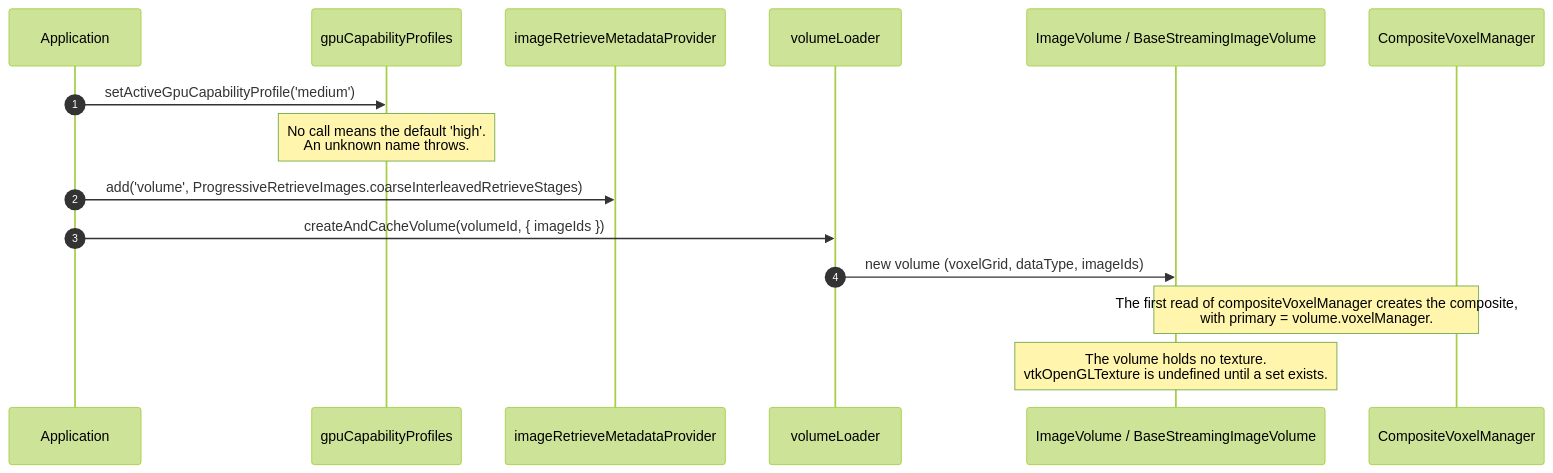
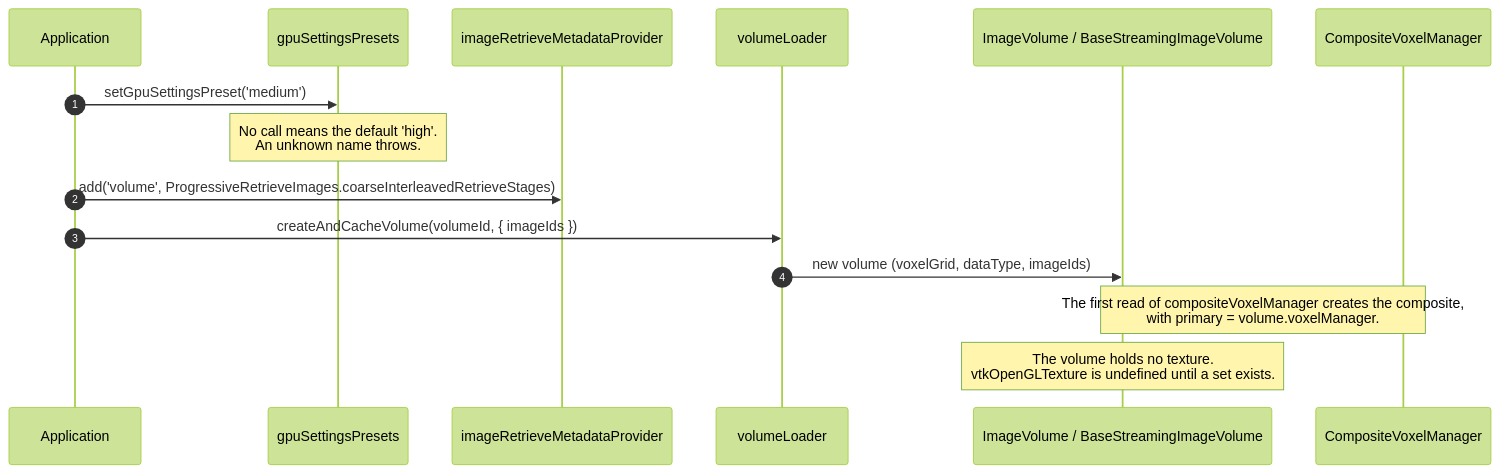
Before and after one commit to cornerstonejs/cornerstone3D: the first of 6 diagrams in packages/docs/docs/concepts/cornerstone-core/volumeRenderSequences.md, drawn with Mermaid (forest theme). The commit also changed other lines of this file and 27 other files, not shown here.

First line of the commit message:
feat(core): name the GPU settings presets, and turn on each lossy downsampling with an init flag

````diff
--- a/packages/docs/docs/concepts/cornerstone-core/volumeRenderSequences.md
+++ b/packages/docs/docs/concepts/cornerstone-core/volumeRenderSequences.md
@@ -45,18 +45,18 @@
 ```mermaid
 sequenceDiagram
     autonumber
     participant App as Application
-    participant Prof as gpuCapabilityProfiles
+    participant Prof as gpuSettingsPresets
     participant Retr as imageRetrieveMetadataProvider
     participant VL as volumeLoader
     participant Vol as ImageVolume / BaseStreamingImageVolume
     participant CVM as CompositeVoxelManager
 
-    App->>Prof: setActiveGpuCapabilityProfile('medium')
+    App->>Prof: setGpuSettingsPreset('medium')
     Note over Prof: No call means the default 'high'.<br/>An unknown name throws.
     App->>Retr: add('volume', ProgressiveRetrieveImages.coarseInterleavedRetrieveStages)
     App->>VL: createAndCacheVolume(volumeId, { imageIds })
     VL->>Vol: new volume (voxelGrid, dataType, imageIds)
     Note over Vol,CVM: The first read of compositeVoxelManager creates the composite,<br/>with primary = volume.voxelManager.
     Note over Vol: The volume holds no texture.<br/>vtkOpenGLTexture is undefined until a set exists.
 ```
````
